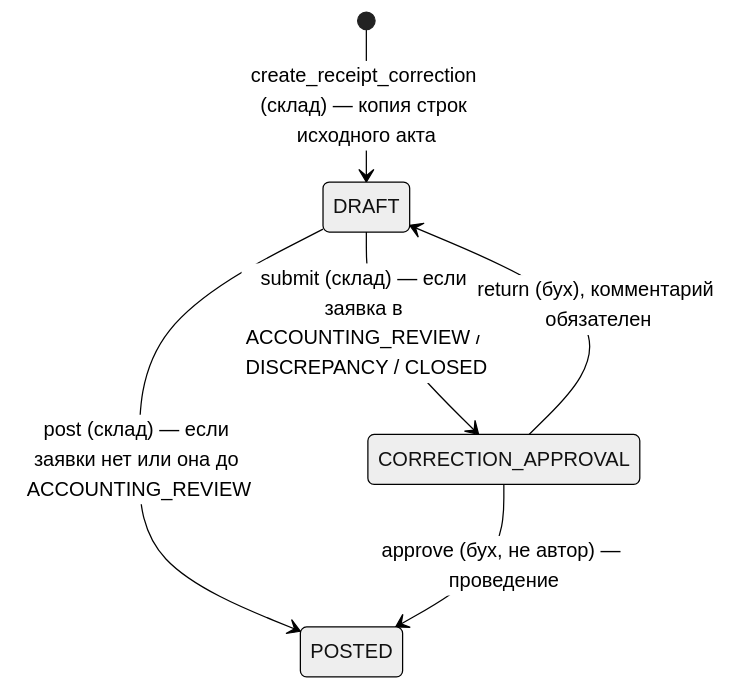
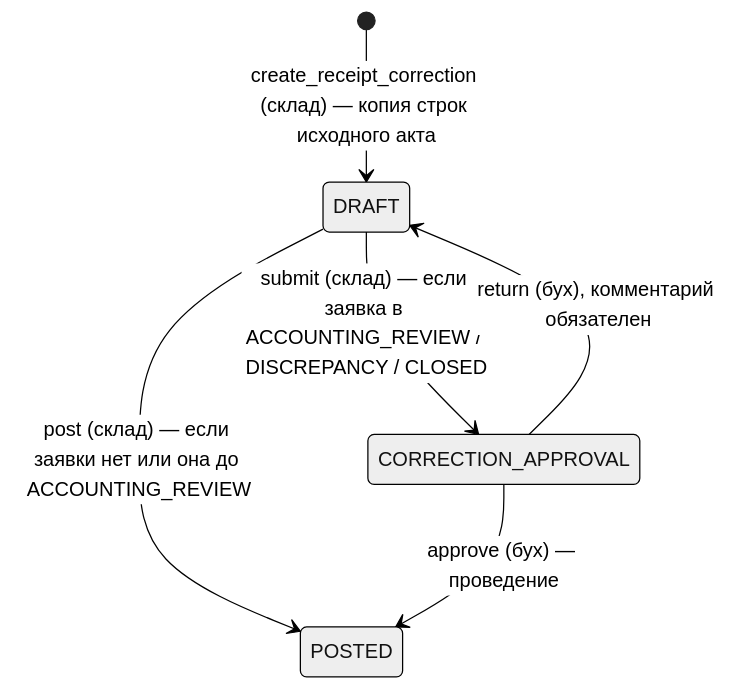
The ninth of 14 diagrams in docs/ARCHITECTURE.md (fshf7/buildflow-construction-test), drawn with Mermaid (neutral theme) before and after one commit. The commit also changed other lines of this file and 15 other files, not shown here.

````diff
--- a/docs/ARCHITECTURE.md
+++ b/docs/ARCHITECTURE.md
@@ -696,8 +695,8 @@
 ```mermaid
 stateDiagram-v2
     [*] --> DRAFT : create_receipt_correction (склад) — копия строк исходного акта
     DRAFT --> POSTED : post (склад) — если заявки нет или она до ACCOUNTING_REVIEW
     DRAFT --> CORRECTION_APPROVAL : submit (склад) — если заявка в ACCOUNTING_REVIEW / DISCREPANCY / CLOSED
-    CORRECTION_APPROVAL --> POSTED : approve (бух, не автор) — проведение
+    CORRECTION_APPROVAL --> POSTED : approve (бух) — проведение
     CORRECTION_APPROVAL --> DRAFT : return (бух), комментарий обязателен
 ```
````
